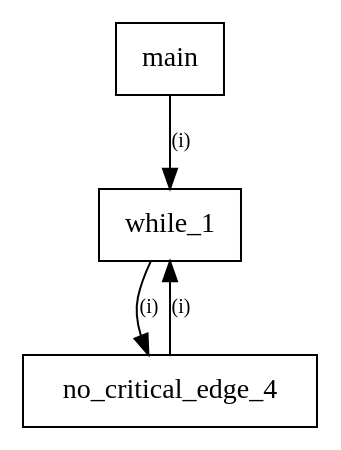
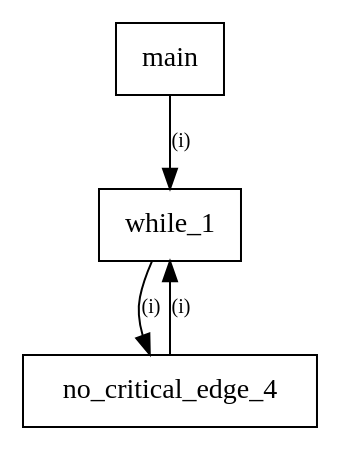
One commit to tmssngr/tinyC changed the diagram in src/main/resources-test/16 cfg-no-return.dot. Above: the diagram before and after it, drawn with Graphviz. The commit also changed other lines of this file and 67 other files, not shown here.

```diff
--- a/src/main/resources-test/16 cfg-no-return.dot
+++ b/src/main/resources-test/16 cfg-no-return.dot
@@ -1,11 +1,11 @@
 digraph program {
 	edge[fontsize="10pt"];
 	subgraph fn_main {
 		BasicBlock_0_main [label="main",shape=box];
 		BasicBlock_0_main -> BasicBlock_0_while_1 [label="(i)"];
+		BasicBlock_0_no_critical_edge_4 [label="no_critical_edge_4",shape=box];
+		BasicBlock_0_no_critical_edge_4 -> BasicBlock_0_while_1 [label="(i)"];
 		BasicBlock_0_while_1 [label="while_1",shape=box];
 		BasicBlock_0_while_1 -> BasicBlock_0_no_critical_edge_4 [label="(i)"];
-		BasicBlock_0_no_critical_edge_4 [label="no_critical_edge_4",shape=box];
-		BasicBlock_0_no_critical_edge_4 -> BasicBlock_0_while_1 [label="(i)"];
 	}
 }
```
